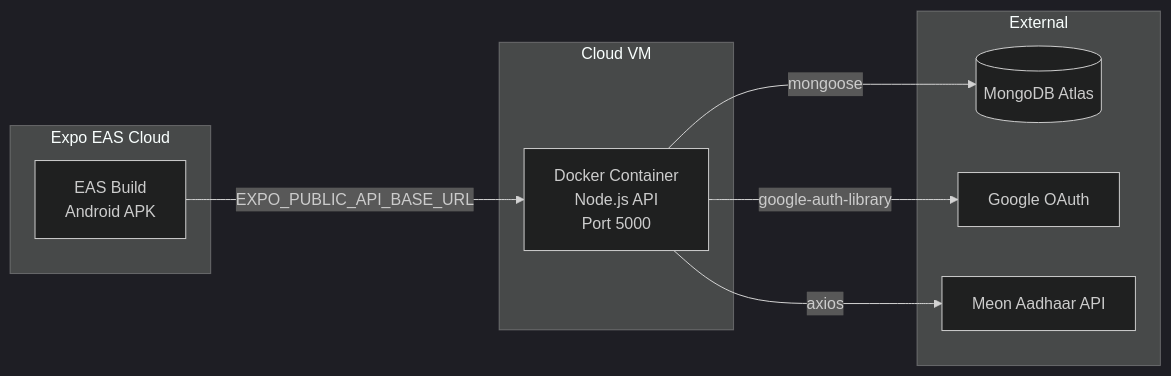
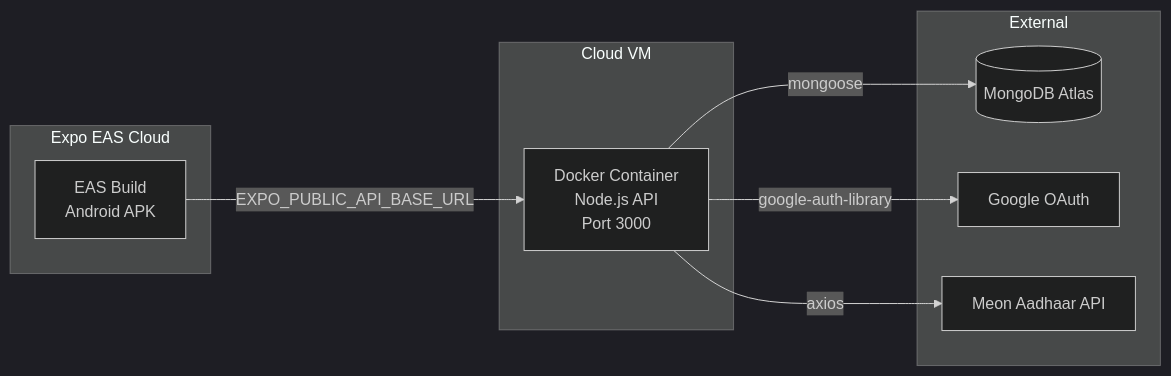
One commit to nayakarushi2005/SIH-project changed the diagram in deployment_guide.md. Above: the diagram before and after it, drawn with Mermaid (dark theme). The commit also changed other lines of this file and 6 other files, not shown here.

````diff
--- a/deployment_guide.md
+++ b/deployment_guide.md
@@ -5,19 +5,19 @@
 ```mermaid
 graph LR
     subgraph Cloud VM
-        D[Docker Container<br>Node.js API<br>Port 5000]
+        D[Docker Container<br>Node.js API<br>Port 3000]
     end
     subgraph Expo EAS Cloud
         E[EAS Build<br>Android APK]
     end
     subgraph External
         M[(MongoDB Atlas)]
         G[Google OAuth]
         A[Meon Aadhaar API]
     end
 
     D -->|mongoose| M
     D -->|google-auth-library| G
     D -->|axios| A
     E -->|EXPO_PUBLIC_API_BASE_URL| D
 ```
````
